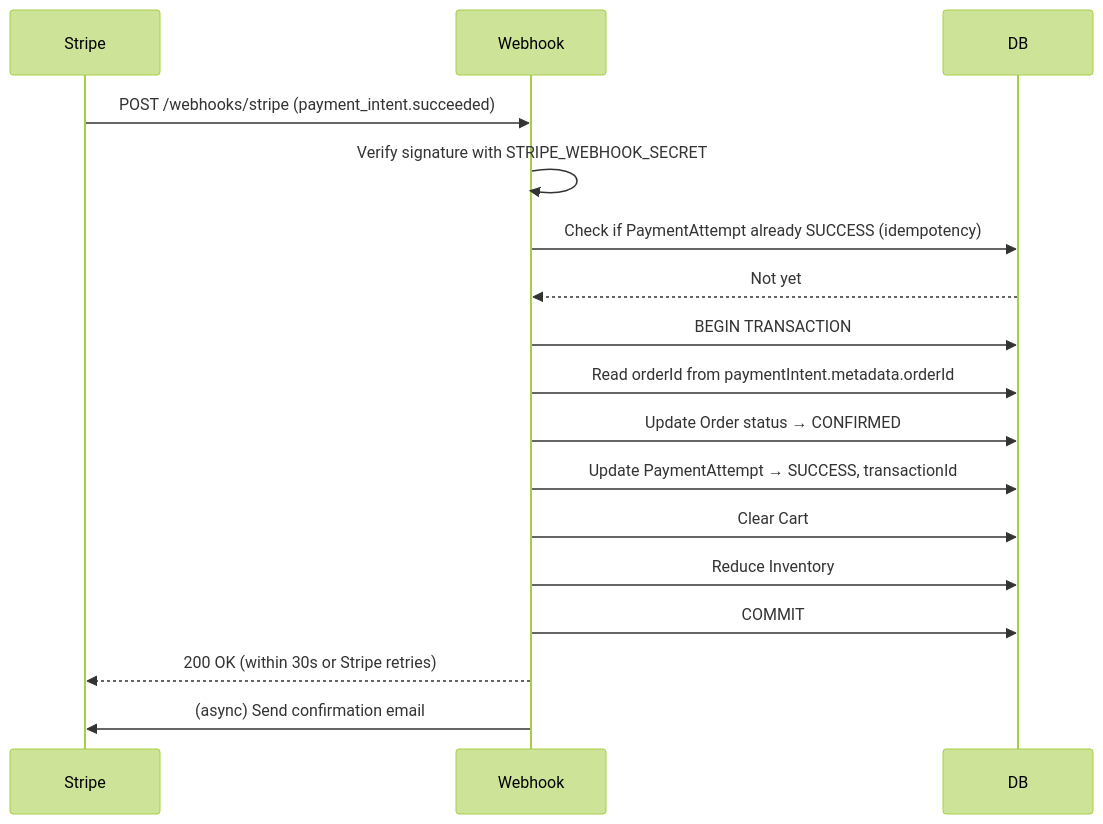
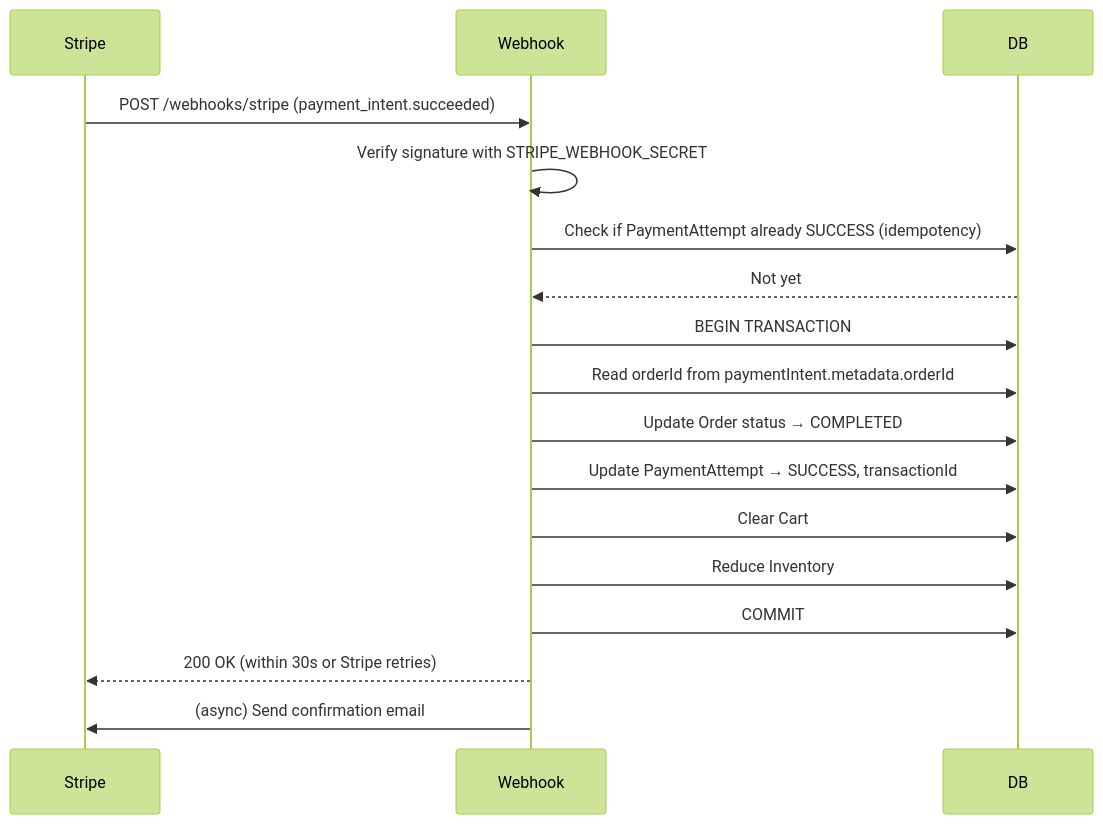
The second of 2 diagrams in docs/payment_gateway_design.md (RedaAwwad/Food-Delivery), drawn with Mermaid (forest theme) before and after one commit. The commit also changed other lines of this file and 26 other files, not shown here.

````diff
--- a/docs/payment_gateway_design.md
+++ b/docs/payment_gateway_design.md
@@ -175,22 +186,22 @@
 ```mermaid
 sequenceDiagram
     participant Stripe
     participant Webhook
     participant DB
 
     Stripe->>Webhook: POST /webhooks/stripe (payment_intent.succeeded)
     Webhook->>Webhook: Verify signature with STRIPE_WEBHOOK_SECRET
     Webhook->>DB: Check if PaymentAttempt already SUCCESS (idempotency)
     DB-->>Webhook: Not yet
 
     Webhook->>DB: BEGIN TRANSACTION
     Webhook->>DB: Read orderId from paymentIntent.metadata.orderId
-    Webhook->>DB: Update Order status → CONFIRMED
+    Webhook->>DB: Update Order status → COMPLETED
     Webhook->>DB: Update PaymentAttempt → SUCCESS, transactionId
     Webhook->>DB: Clear Cart
     Webhook->>DB: Reduce Inventory
     Webhook->>DB: COMMIT
 
     Webhook-->>Stripe: 200 OK (within 30s or Stripe retries)
     Webhook->>Stripe: (async) Send confirmation email
 ```
````
